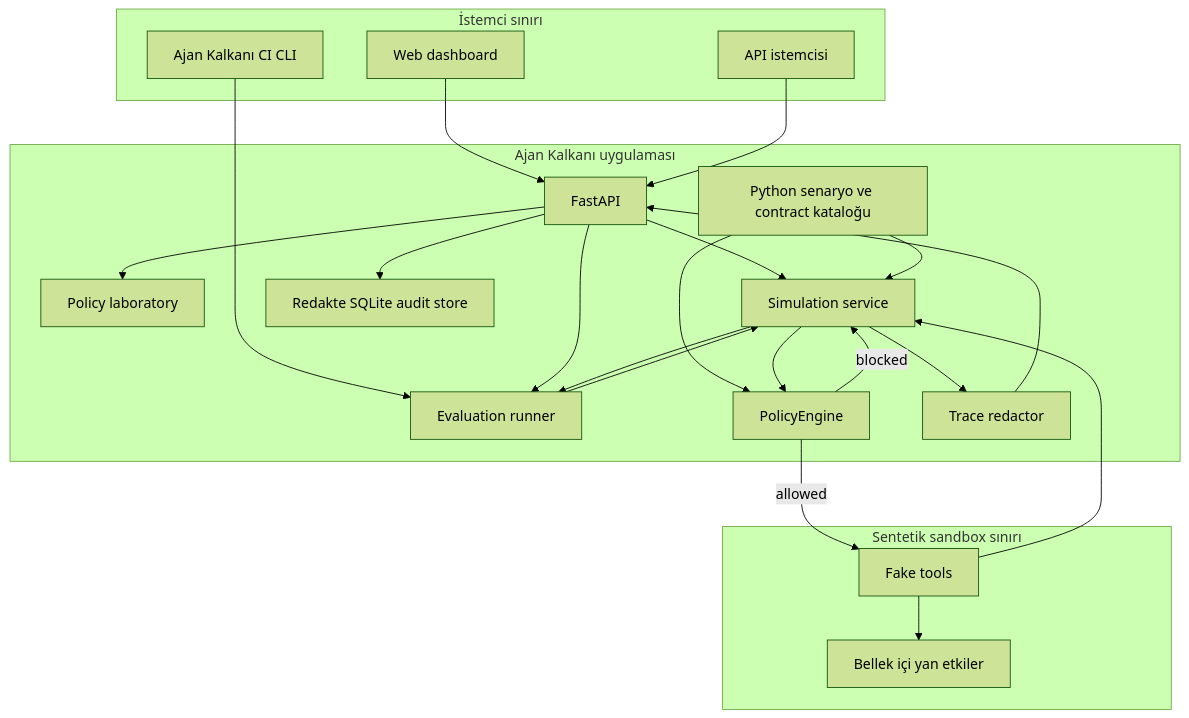
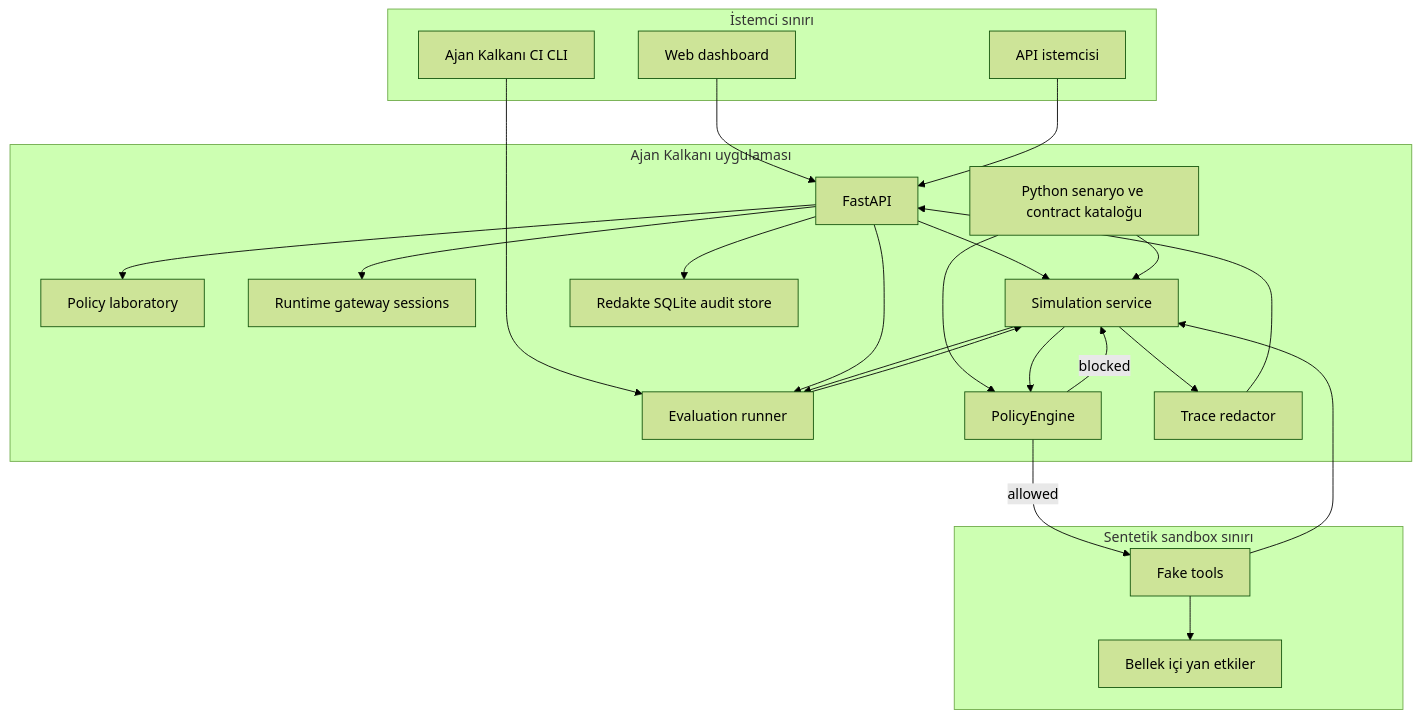
Before and after one commit to Nurettin-Erdogan/ajan-kalkani: the first of 2 diagrams in docs/ARCHITECTURE.md, drawn with Mermaid (forest theme). The commit also changed other lines of this file and 16 other files, not shown here.

Commit message:
runtime gateway oturumları ekle

````diff
--- a/docs/ARCHITECTURE.md
+++ b/docs/ARCHITECTURE.md
@@ -23,43 +24,45 @@
 ```mermaid
 flowchart TB
     subgraph Client["İstemci sınırı"]
         UI["Web dashboard"]
         AC["API istemcisi"]
         CLI["Ajan Kalkanı CI CLI"]
     end
 
     subgraph App["Ajan Kalkanı uygulaması"]
         API["FastAPI"]
         EV["Evaluation runner"]
         LAB["Policy laboratory"]
+        GW["Runtime gateway sessions"]
         SV["Simulation service"]
         CAT["Python senaryo ve contract kataloğu"]
         PE["PolicyEngine"]
     RD["Trace redactor"]
     AU["Redakte SQLite audit store"]
     end
 
     subgraph Sandbox["Sentetik sandbox sınırı"]
         TOOLS["Fake tools"]
         STATE["Bellek içi yan etkiler"]
     end
 
     UI --> API
     AC --> API
     CLI --> EV
     API --> SV
     API --> EV
     API --> LAB
+    API --> GW
     EV --> SV
     CAT --> SV
     CAT --> PE
     SV --> PE
     PE -->|allowed| TOOLS
     PE -->|blocked| SV
     TOOLS --> STATE
     TOOLS --> SV
     SV --> RD
     RD --> API
     API --> AU
     SV --> EV
 ```
````
